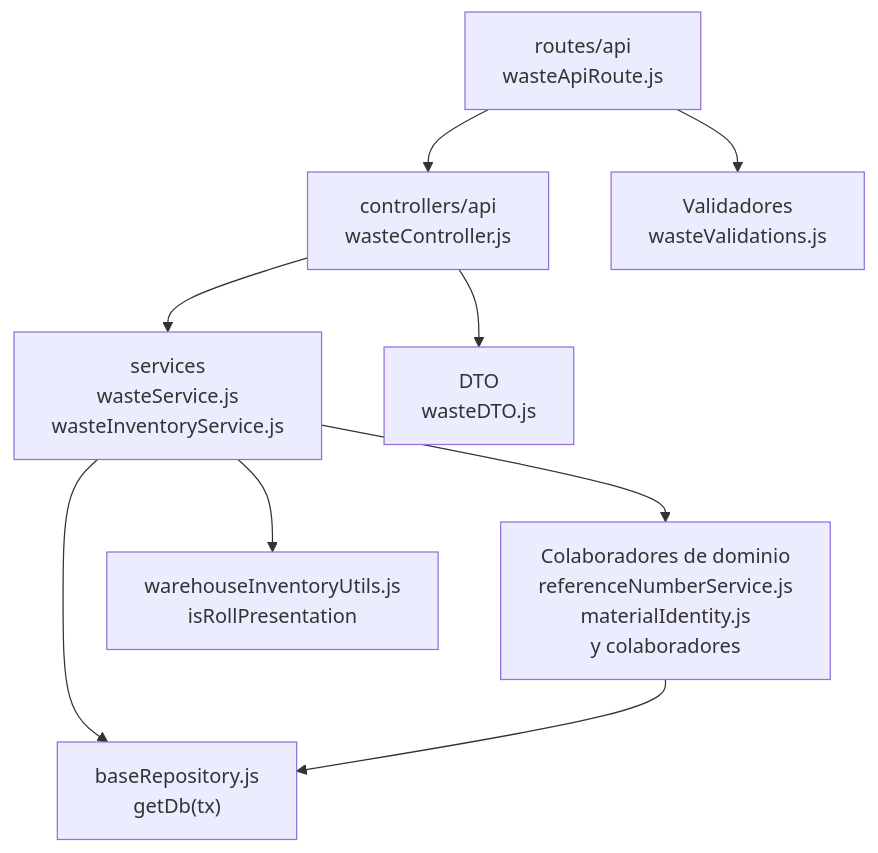
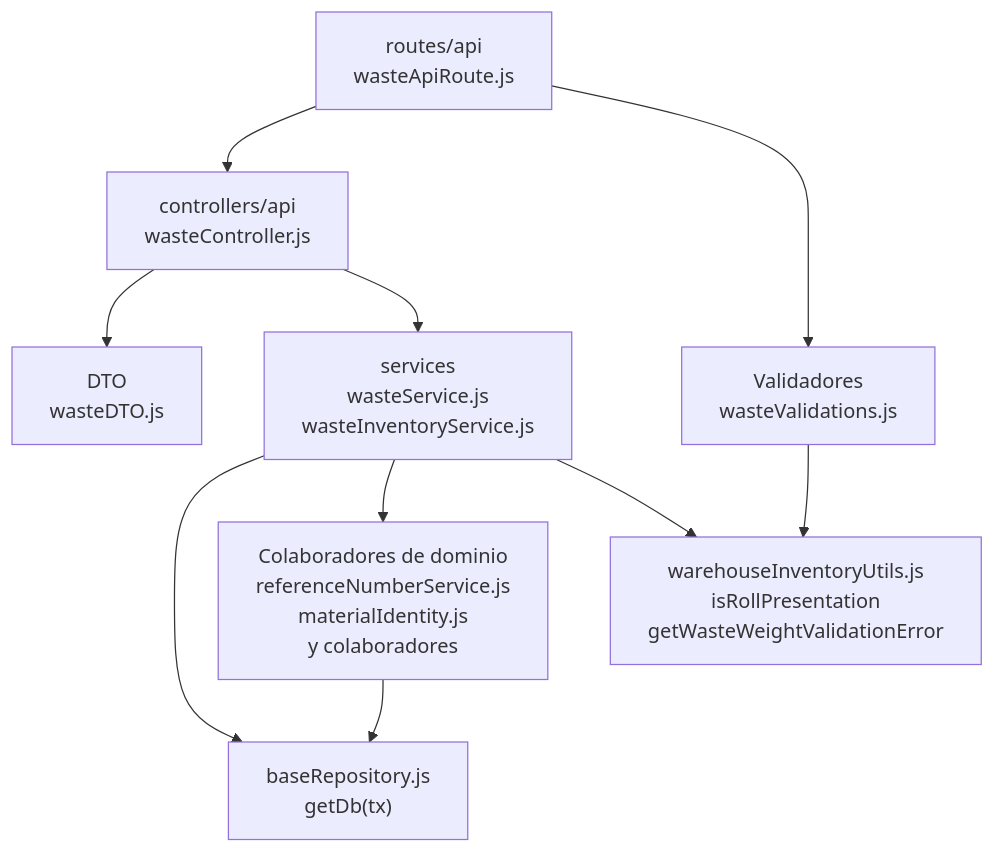
One commit to gpgsistemas01/nexus changed the diagram in docs/architecture/views/development/backend-technical-documentation/11-wastes-code.md. Above: the diagram before and after it, drawn with Mermaid. The commit also changed 23 other files, not shown here.

Commit message:
fix(waste): align unit weight validation across browser and backend

````diff
--- a/docs/architecture/views/development/backend-technical-documentation/11-wastes-code.md
+++ b/docs/architecture/views/development/backend-technical-documentation/11-wastes-code.md
@@ -7,19 +7,20 @@
 ```mermaid
 flowchart TB
     R["routes/api<br/>wasteApiRoute.js"]
     C["controllers/api<br/>wasteController.js"]
     S["services<br/>wasteService.js<br/>wasteInventoryService.js"]
     D["DTO<br/>wasteDTO.js"]
     X["Colaboradores de dominio<br/>referenceNumberService.js<br/>materialIdentity.js<br/>y colaboradores"]
     V["Validadores<br/>wasteValidations.js"]
     P["baseRepository.js<br/>getDb(tx)"]
-    PresentationRule["warehouseInventoryUtils.js<br/>isRollPresentation"]
+    PresentationRule["warehouseInventoryUtils.js<br/>isRollPresentation<br/>getWasteWeightValidationError"]
     C --> D
     C --> S
     R --> C
     R --> V
     S --> P
     S --> X
+    V --> PresentationRule
     S --> PresentationRule
     X --> P
 ```
````
